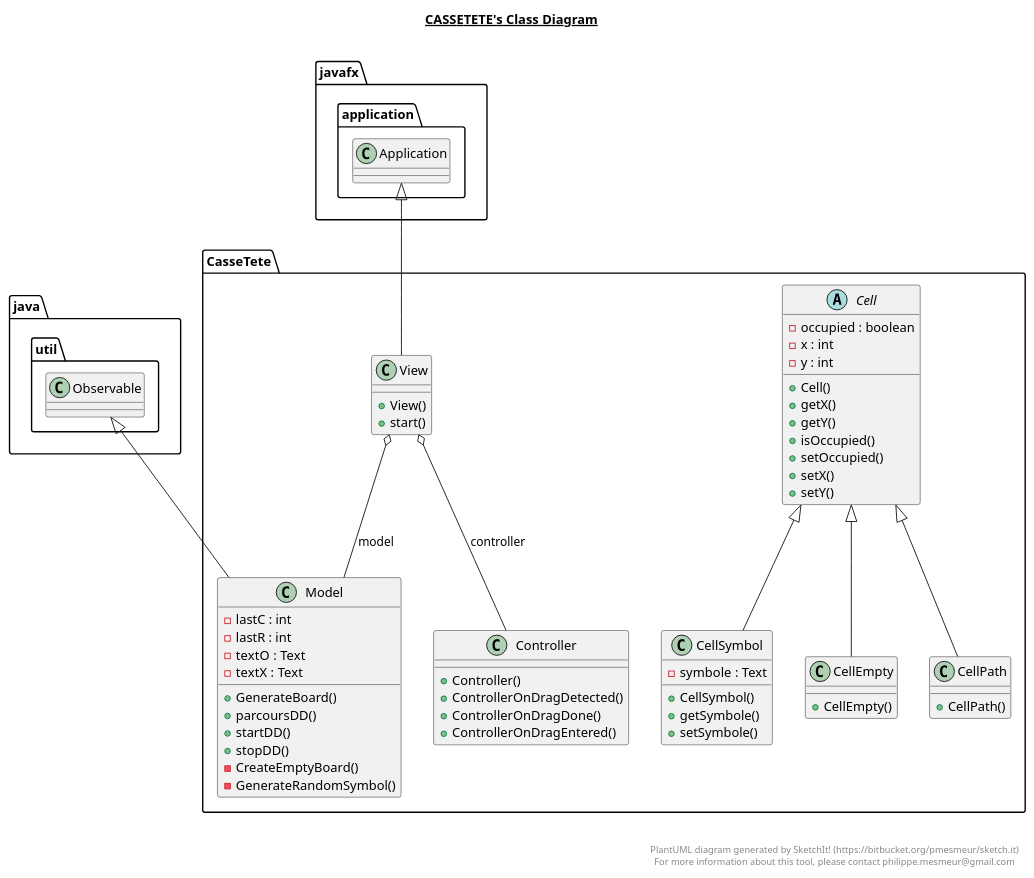
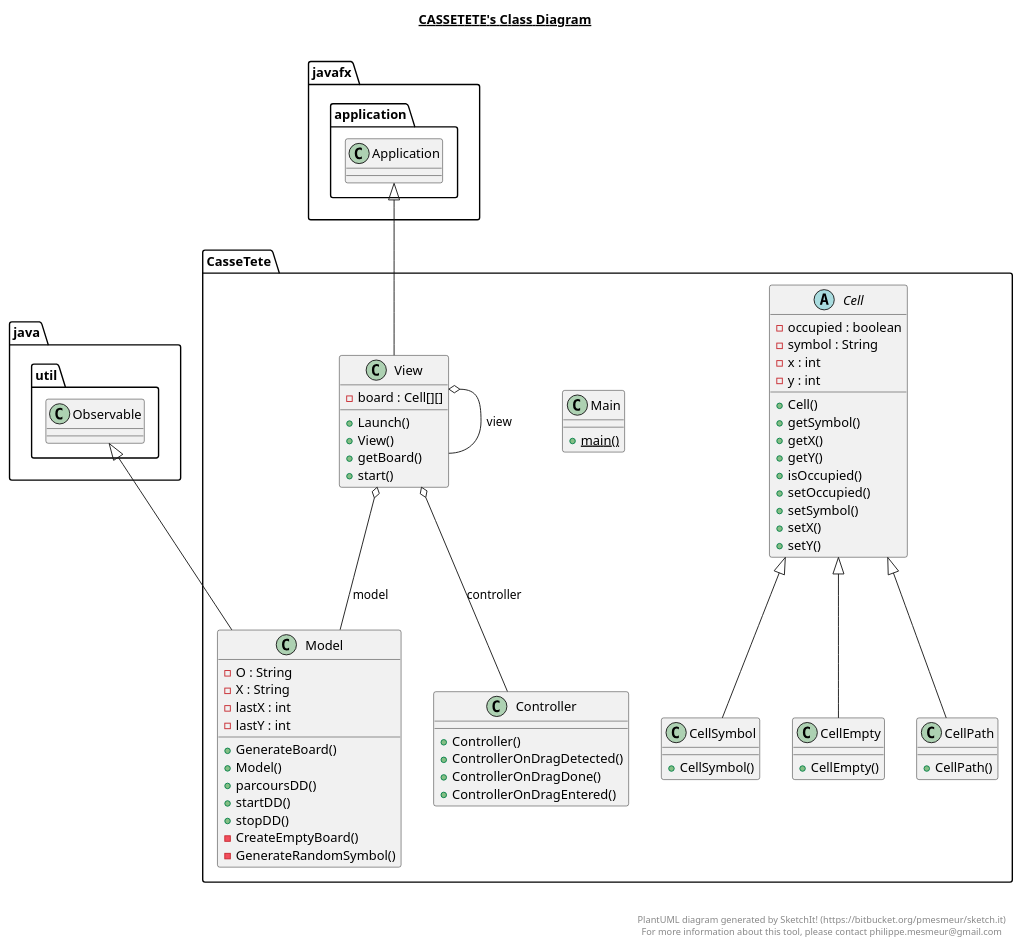
Before and after one commit to Mex21/CasseTete: the diagram in src/CasseTete/CasseTete.plantuml, drawn with PlantUML. The commit also changed 12 other files, not shown here.

Commit message:
Ajout: Cell class Model function for board generation

```diff
--- a/src/CasseTete/CasseTete.plantuml
+++ b/src/CasseTete/CasseTete.plantuml
@@ -1,95 +1,107 @@
 @startuml
 
 title __CASSETETE's Class Diagram__\n
 
   namespace CasseTete {
     abstract class CasseTete.Cell {
         - occupied : boolean
+        - symbol : String
         - x : int
         - y : int
         + Cell()
+        + getSymbol()
         + getX()
         + getY()
         + isOccupied()
         + setOccupied()
+        + setSymbol()
         + setX()
         + setY()
     }
   }
   
 
   namespace CasseTete {
     class CasseTete.CellEmpty {
         + CellEmpty()
     }
   }
   
 
   namespace CasseTete {
     class CasseTete.CellPath {
         + CellPath()
     }
   }
   
 
   namespace CasseTete {
     class CasseTete.CellSymbol {
-        - symbole : Text
         + CellSymbol()
-        + getSymbole()
-        + setSymbole()
     }
   }
   
 
   namespace CasseTete {
     class CasseTete.Controller {
         + Controller()
         + ControllerOnDragDetected()
         + ControllerOnDragDone()
         + ControllerOnDragEntered()
     }
   }
   
 
   namespace CasseTete {
+    class CasseTete.Main {
+        {static} + main()
+    }
+  }
+  
+
+  namespace CasseTete {
     class CasseTete.Model {
-        - lastC : int
-        - lastR : int
-        - textO : Text
-        - textX : Text
+        - O : String
+        - X : String
+        - lastX : int
+        - lastY : int
         + GenerateBoard()
+        + Model()
         + parcoursDD()
         + startDD()
         + stopDD()
         - CreateEmptyBoard()
         - GenerateRandomSymbol()
     }
   }
   
 
   namespace CasseTete {
     class CasseTete.View {
+        - board : Cell[][]
+        + Launch()
         + View()
+        + getBoard()
         + start()
     }
   }
   
 
   CasseTete.CellEmpty -up-|> CasseTete.Cell
   CasseTete.CellPath -up-|> CasseTete.Cell
   CasseTete.CellSymbol -up-|> CasseTete.Cell
   CasseTete.Model -up-|> java.util.Observable
   CasseTete.View -up-|> javafx.application.Application
   CasseTete.View o-- CasseTete.Controller : controller
   CasseTete.View o-- CasseTete.Model : model
+  CasseTete.View o-- CasseTete.View : view
 
 
 right footer
 
 
 PlantUML diagram generated by SketchIt! (https://bitbucket.org/pmesmeur/sketch.it)
 For more information about this tool, please contact philippe.mesmeur@gmail.com
 endfooter
 
 @enduml
```
